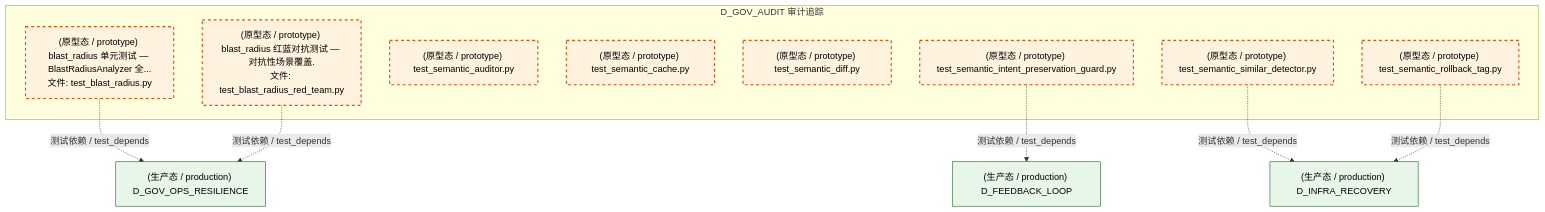
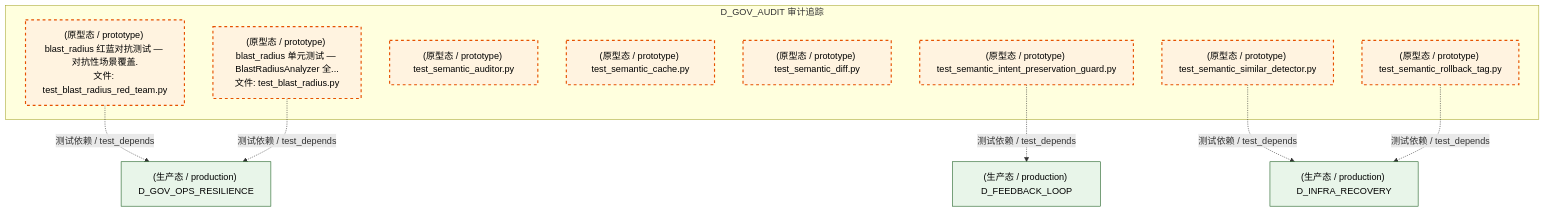
One commit to xuanFelixVan/ZephyrAlpha changed the tenth of 14 diagrams in docs/02_enterprise_architecture/02_domain_architecture_docs/39_d_gov_audit.md. Above: the diagram before and after it, drawn with Mermaid. The commit also changed other lines of this file and 126 other files, not shown here.

````diff
--- a/docs/02_enterprise_architecture/02_domain_architecture_docs/39_d_gov_audit.md
+++ b/docs/02_enterprise_architecture/02_domain_architecture_docs/39_d_gov_audit.md
@@ -968,27 +970,27 @@
 ```mermaid
 graph TD
     subgraph D_GOV_AUDIT["D_GOV_AUDIT 审计追踪"]
         tests_semantic_auditor_test_blast_radius_py["(原型态 / prototype) blast_radius 单元测试 — BlastRadiusAnalyzer 全...<br/>文件: test_blast_radius.py"]
         tests_semantic_auditor_test_blast_radius_red_team_py["(原型态 / prototype) blast_radius 红蓝对抗测试 — 对抗性场景覆盖.<br/>文件: test_blast_radius_red_team.py"]
         tests_semantic_auditor_test_semantic_auditor_py["(原型态 / prototype) test_semantic_auditor.py"]
         tests_semantic_auditor_test_semantic_cache_py["(原型态 / prototype) test_semantic_cache.py"]
         tests_semantic_auditor_test_semantic_diff_py["(原型态 / prototype) test_semantic_diff.py"]
         tests_semantic_auditor_test_semantic_intent_preservation_guard_py["(原型态 / prototype) test_semantic_intent_preservation_guard.py"]
         tests_semantic_auditor_test_semantic_rollback_tag_py["(原型态 / prototype) test_semantic_rollback_tag.py"]
         tests_semantic_auditor_test_semantic_similar_detector_py["(原型态 / prototype) test_semantic_similar_detector.py"]
     end
     D_FEEDBACK_LOOP["(生产态 / production) D_FEEDBACK_LOOP"]
     tests_semantic_auditor_test_semantic_intent_preservation_guard_py -.->|测试依赖 / test_depends| D_FEEDBACK_LOOP
     D_GOV_OPS_RESILIENCE["(生产态 / production) D_GOV_OPS_RESILIENCE"]
+    tests_semantic_auditor_test_blast_radius_red_team_py -.->|测试依赖 / test_depends| D_GOV_OPS_RESILIENCE
     tests_semantic_auditor_test_blast_radius_py -.->|测试依赖 / test_depends| D_GOV_OPS_RESILIENCE
     D_INFRA_RECOVERY["(生产态 / production) D_INFRA_RECOVERY"]
     tests_semantic_auditor_test_semantic_similar_detector_py -.->|测试依赖 / test_depends| D_INFRA_RECOVERY
-    tests_semantic_auditor_test_blast_radius_red_team_py -.->|测试依赖 / test_depends| D_GOV_OPS_RESILIENCE
     tests_semantic_auditor_test_semantic_rollback_tag_py -.->|测试依赖 / test_depends| D_INFRA_RECOVERY
     classDef production fill:#e1f5fe,stroke:#01579b,stroke-width:2px,color:#000
     classDef design fill:#fff3e0,stroke:#e65100,stroke-width:2px,color:#000,stroke-dasharray: 5 5
     classDef external_prod fill:#e8f5e9,stroke:#1b5e20,stroke-width:1px,color:#000
     classDef external_design fill:#fce4ec,stroke:#880e4f,stroke-width:1px,color:#000,stroke-dasharray: 5 5
     class tests_semantic_auditor_test_blast_radius_py,tests_semantic_auditor_test_blast_radius_red_team_py,tests_semantic_auditor_test_semantic_auditor_py,tests_semantic_auditor_test_semantic_cache_py,tests_semantic_auditor_test_semantic_diff_py,tests_semantic_auditor_test_semantic_intent_preservation_guard_py,tests_semantic_auditor_test_semantic_rollback_tag_py,tests_semantic_auditor_test_semantic_similar_detector_py design
     class D_FEEDBACK_LOOP,D_GOV_OPS_RESILIENCE,D_INFRA_RECOVERY external_prod
 ```
````
